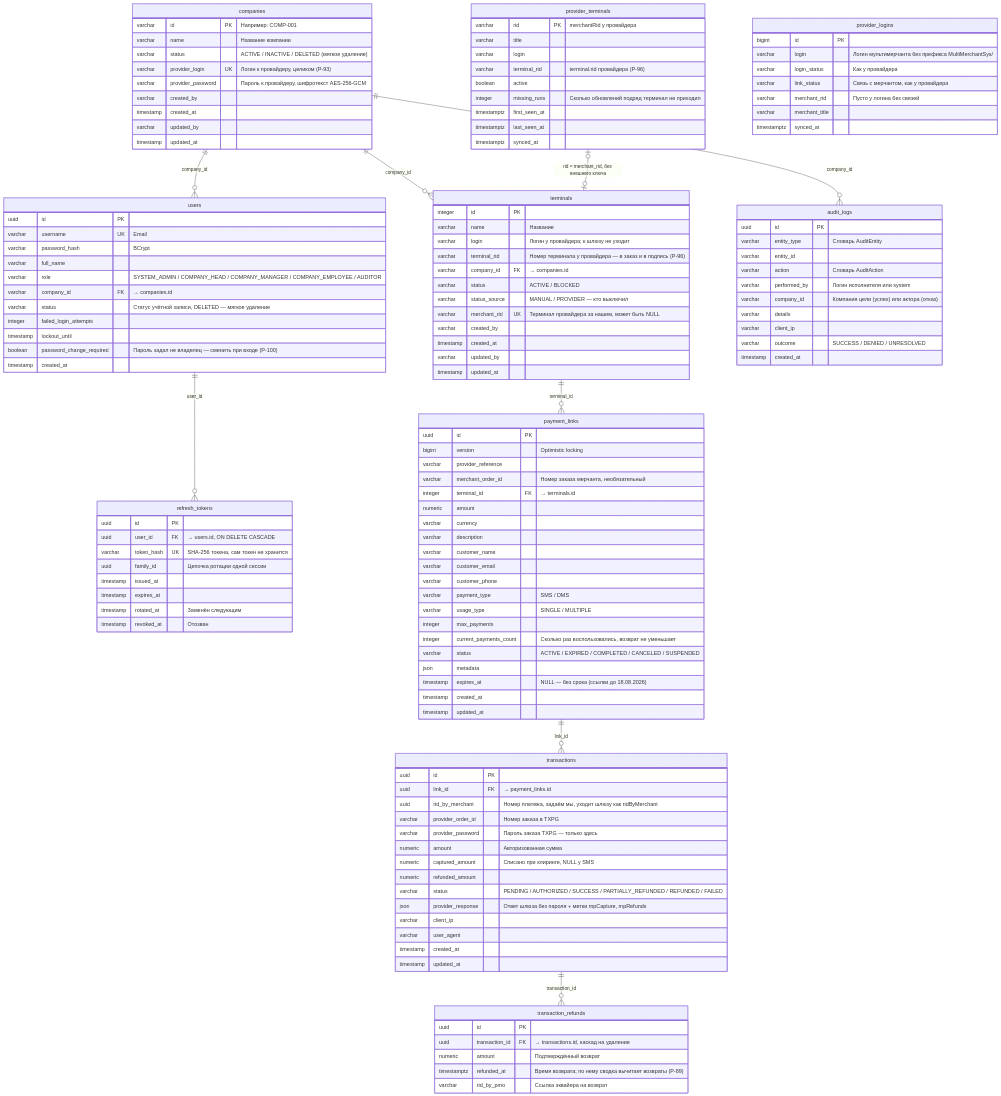
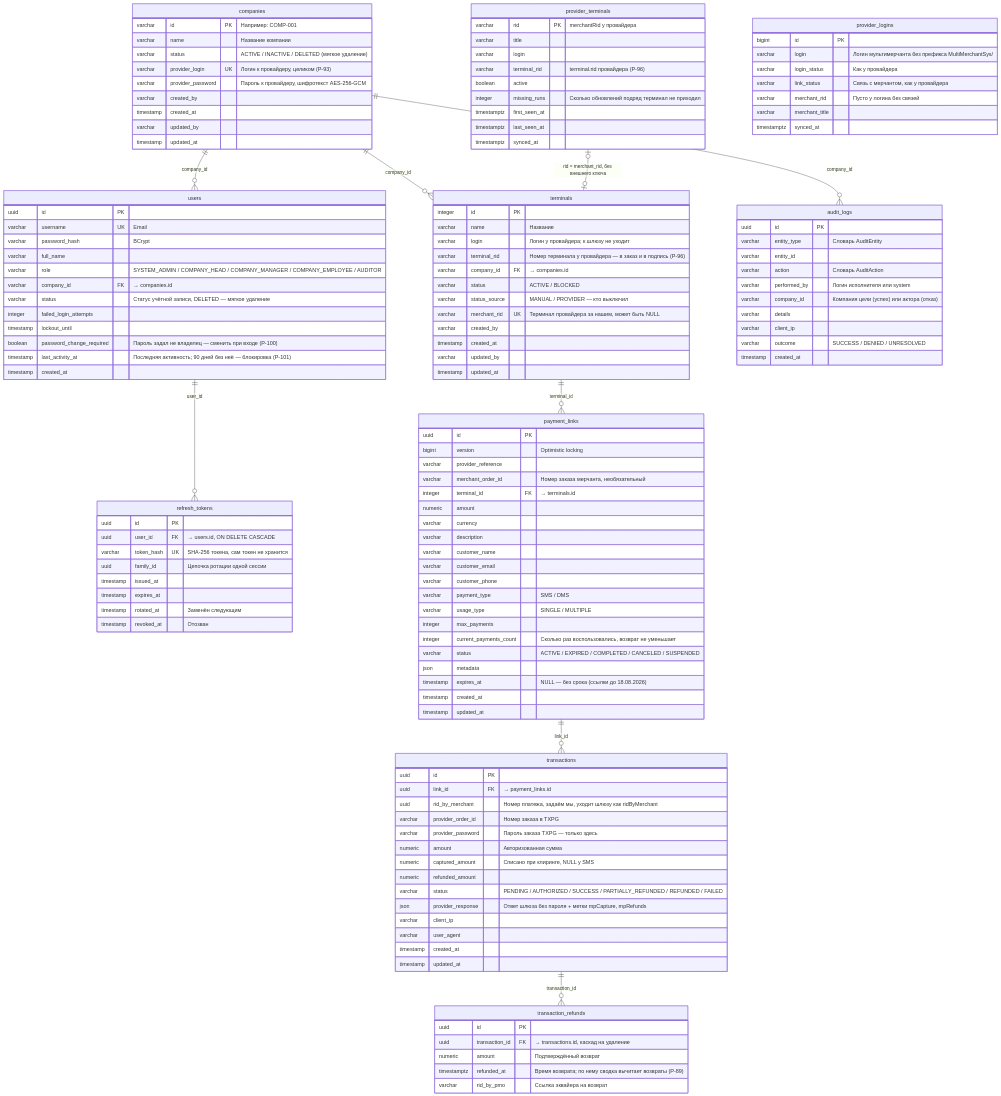
The second of 4 diagrams in project_docs/application_description.md (Gaena/merchant-portal-mk), drawn with Mermaid before and after one commit. The commit also changed other lines of this file and 19 other files, not shown here.

```diff
--- a/project_docs/application_description.md
+++ b/project_docs/application_description.md
@@ -215,6 +215,7 @@
         integer failed_login_attempts
         timestamp lockout_until
         boolean password_change_required "Пароль задал не владелец — сменить при входе (Р-100)"
+        timestamp last_activity_at "Последняя активность; 90 дней без неё — блокировка (Р-101)"
         timestamp created_at
     }
 
```
